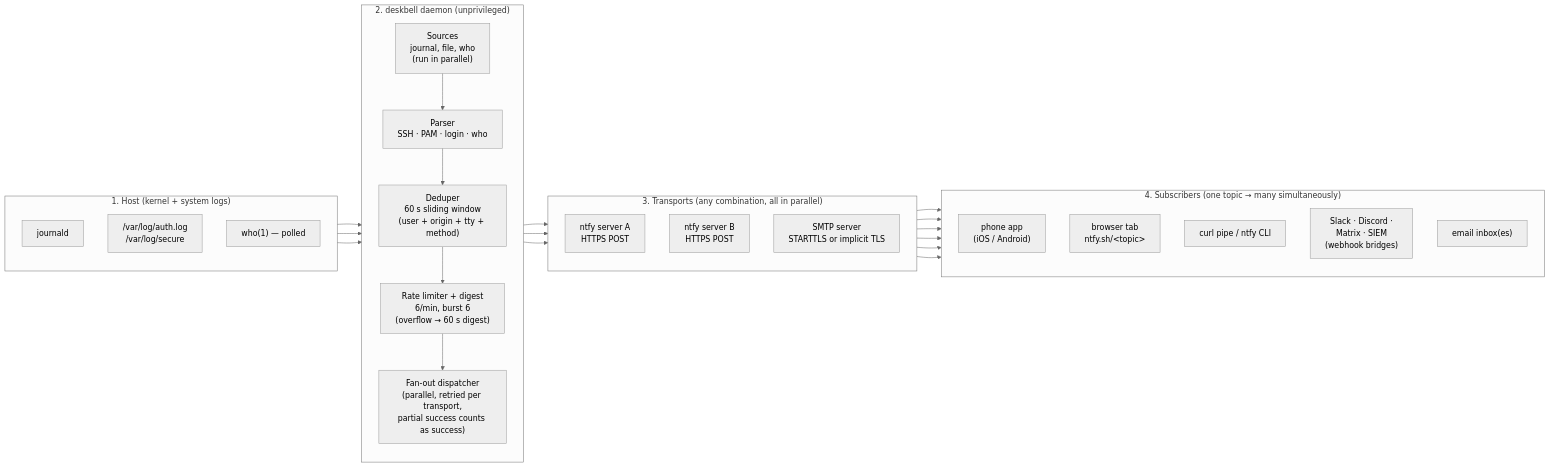
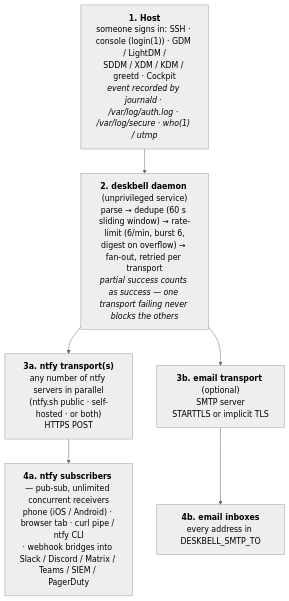
The diagram in README.md (starqueue/deskbell), drawn with Mermaid (neutral theme) before and after one commit. The commit also changed other lines of this file, not shown here.

Commit message:
README: redo How-it-works diagram, lead What-it-detects with plain summary
How it works:
- Replace the four-subgraph horizontal flowchart with a top-to-bottom
  five-node Mermaid diagram. Stages 3 and 4 split into two parallel
  paths (3a ntfy + 3b email; 4a ntfy subscribers + 4b email inboxes)
  so the fan-out semantics are visually obvious instead of hidden
  inside a 'Transports' subgraph.
- Each node carries the salient operational facts inline (60 s dedup
  window, 6/min rate-limit, retry semantics, partial-success rule).
- Update the intro line to match the new top-to-bottom orientation.

What it detects:
- Lead with a plain-English sentence: deskbell detects any ordinary
  user sign-in, by checking and monitoring several independent Linux
  information sources (journald, auth log files, who(1) / utmp) in
  parallel with deduplication. The detail table follows.

````diff
--- a/README.md
+++ b/README.md
@@ -71,50 +79,18 @@
 ```mermaid
-flowchart LR
-    subgraph host["1. Host (kernel + system logs)"]
-        direction TB
-        L1["journald"]
-        L2["/var/log/auth.log<br/>/var/log/secure"]
-        L3["who(1) — polled"]
-    end
+flowchart TB
+    H["<b>1. Host</b><br/>someone signs in: SSH · console (login(1)) · GDM / LightDM /<br/>SDDM / XDM / KDM / greetd · Cockpit<br/><i>event recorded by journald · /var/log/auth.log · /var/log/secure · who(1) / utmp</i>"]
 
-    subgraph daemon["2. deskbell daemon (unprivileged)"]
-        direction TB
-        SRC["Sources<br/>journal, file, who<br/>(run in parallel)"]
-        PRS["Parser<br/>SSH · PAM · login · who"]
-        DED["Deduper<br/>60 s sliding window<br/>(user + origin + tty + method)"]
-        RL["Rate limiter + digest<br/>6/min, burst 6<br/>(overflow → 60 s digest)"]
-        FAN["Fan-out dispatcher<br/>(parallel, retried per transport,<br/>partial success counts as success)"]
-        SRC --> PRS --> DED --> RL --> FAN
-    end
+    D["<b>2. deskbell daemon</b> (unprivileged service)<br/>parse → dedupe (60 s sliding window) → rate-limit (6/min, burst 6,<br/>digest on overflow) → fan-out, retried per transport<br/><i>partial success counts as success — one transport failing never blocks the others</i>"]
 
-    subgraph transports["3. Transports (any combination, all in parallel)"]
-        direction TB
-        NF1["ntfy server A<br/>HTTPS POST"]
-        NF2["ntfy server B<br/>HTTPS POST"]
-        SM["SMTP server<br/>STARTTLS or implicit TLS"]
-    end
+    NT["<b>3a. ntfy transport(s)</b><br/>any number of ntfy servers in parallel<br/>(ntfy.sh public · self-hosted · or both)<br/>HTTPS POST"]
+    EM["<b>3b. email transport</b> (optional)<br/>SMTP server<br/>STARTTLS or implicit TLS"]
 
-    subgraph subs["4. Subscribers (one topic → many simultaneously)"]
-        direction TB
-        PH["phone app<br/>(iOS / Android)"]
-        BR["browser tab<br/>ntfy.sh/&lt;topic&gt;"]
-        CL["curl pipe / ntfy CLI"]
-        WH["Slack · Discord ·<br/>Matrix · SIEM<br/>(webhook bridges)"]
-        EM["email inbox(es)"]
-    end
+    SUBS["<b>4a. ntfy subscribers</b> — pub-sub, unlimited concurrent receivers<br/>phone (iOS / Android) · browser tab · curl pipe / ntfy CLI<br/>· webhook bridges into Slack / Discord / Matrix / Teams / SIEM / PagerDuty"]
+    INBOX["<b>4b. email inboxes</b><br/>every address in DESKBELL_SMTP_TO"]
 
-    L1 --> SRC
-    L2 --> SRC
-    L3 --> SRC
-
-    FAN --> NF1
-    FAN --> NF2
-    FAN --> SM
-
-    NF1 --> PH
-    NF1 --> BR
-    NF1 --> CL
-    NF1 --> WH
-    NF2 --> PH
-    SM --> EM
+    H --> D
+    D --> NT
+    D --> EM
+    NT --> SUBS
+    EM --> INBOX
 ```
````
